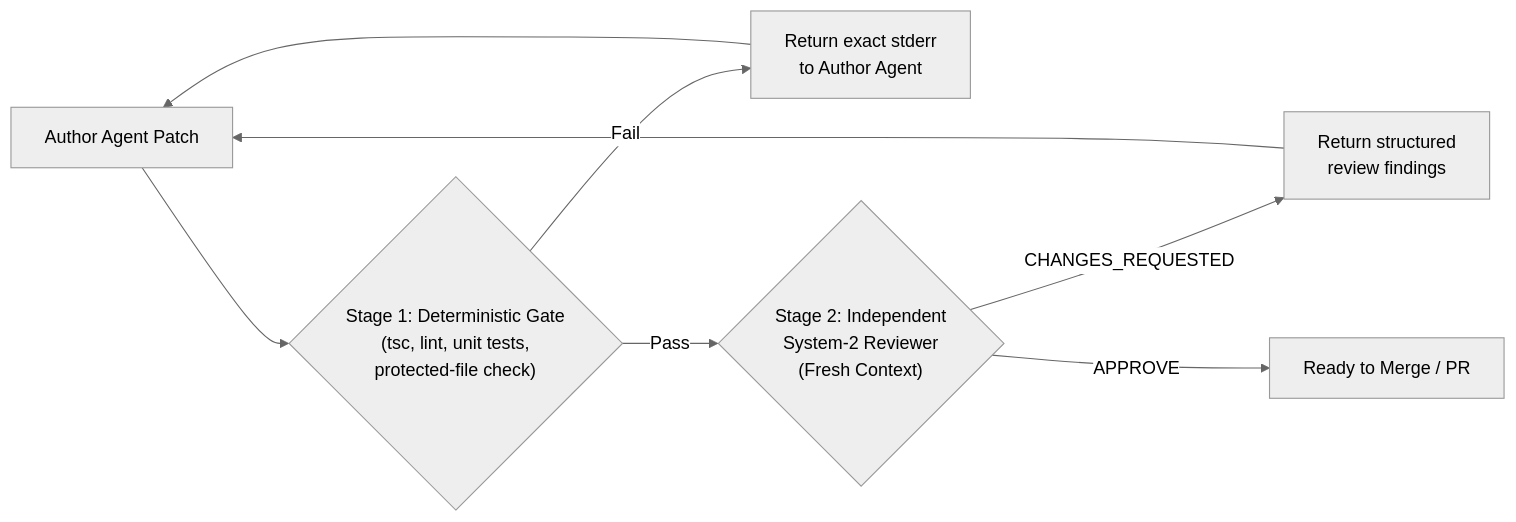
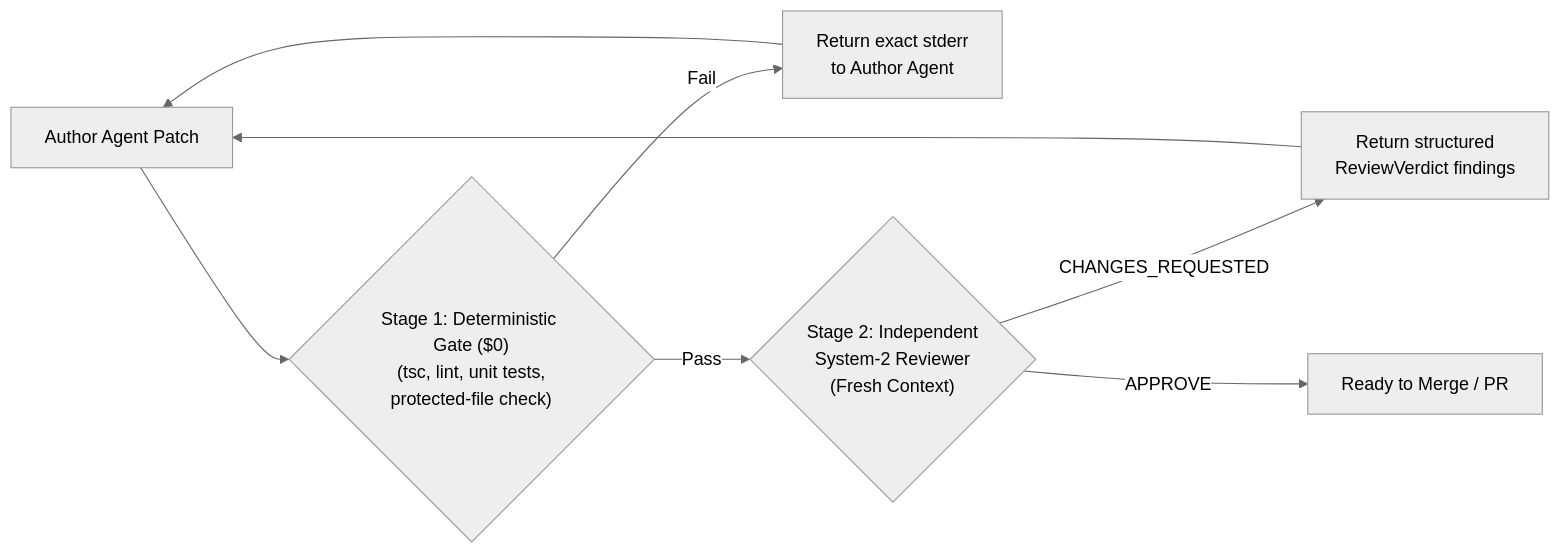
Before and after one commit to Amie-dev/FDE-and-GenAI-Mastery: the first of 2 diagrams in Lecture 08 - Model Routing and Harness Velocity/notes/07_Independent_Automated_Review_and_Sandboxed_Execution.md, drawn with Mermaid (neutral theme). The commit also changed other lines of this file and 92 other files, not shown here.

````diff
--- a/Lecture 08 - Model Routing and Harness Velocity/notes/07_Independent_Automated_Review_and_Sandboxed_Execution.md
+++ b/Lecture 08 - Model Routing and Harness Velocity/notes/07_Independent_Automated_Review_and_Sandboxed_Execution.md
@@ -35,10 +36,10 @@
 ```mermaid
 flowchart LR
-    Patch["Author Agent Patch"] --> DGate{"Stage 1: Deterministic Gate<br/>(tsc, lint, unit tests,<br/>protected-file check)"}
+    Patch["Author Agent Patch"] --> DGate{"Stage 1: Deterministic Gate ($0)<br/>(tsc, lint, unit tests,<br/>protected-file check)"}
     DGate -->|"Fail"| Feedback1["Return exact stderr<br/>to Author Agent"]
     DGate -->|"Pass"| SGate{"Stage 2: Independent<br/>System-2 Reviewer<br/>(Fresh Context)"}
-    SGate -->|"CHANGES_REQUESTED"| Feedback2["Return structured<br/>review findings"]
+    SGate -->|"CHANGES_REQUESTED"| Feedback2["Return structured<br/>ReviewVerdict findings"]
     SGate -->|"APPROVE"| Merge["Ready to Merge / PR"]
     Feedback1 --> Patch
     Feedback2 --> Patch
 ```
````
